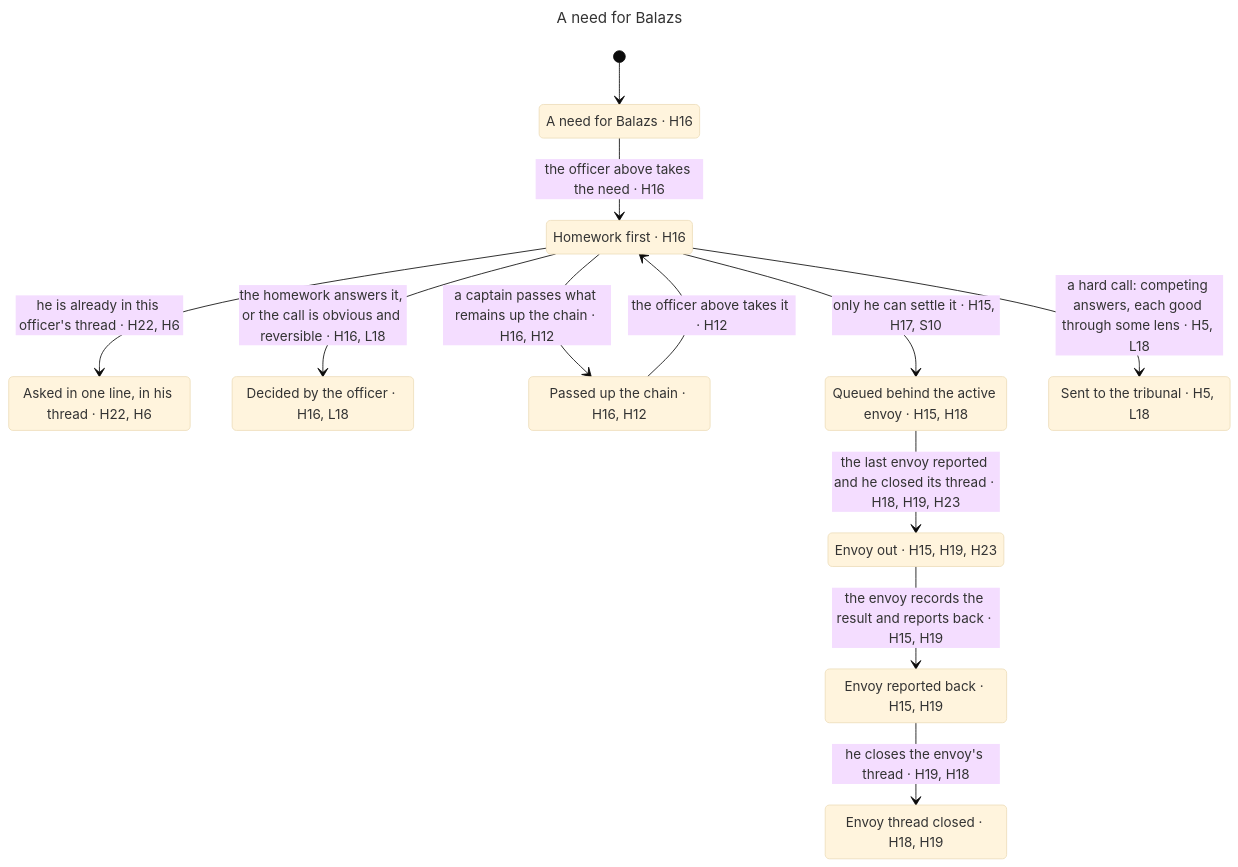
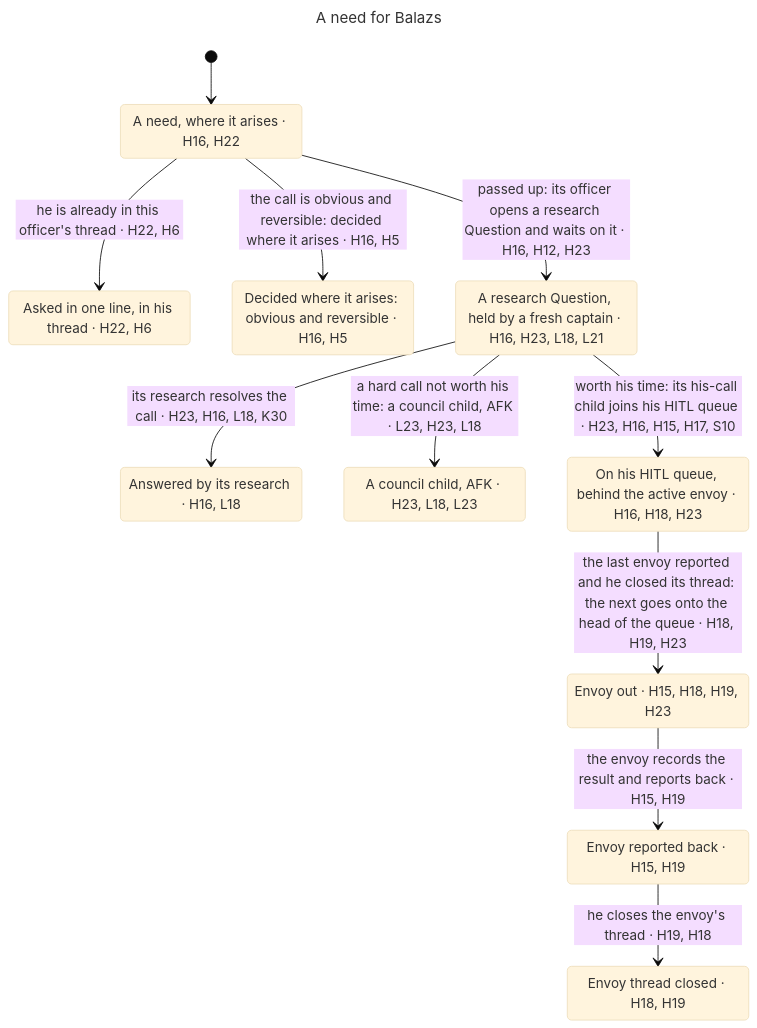
One commit to BalazsOrg/dydo changed the diagram in claims/statechart/envoy/chart.mmd. Above: the diagram before and after it, drawn with Mermaid (base theme). The commit also changed 22 other files, not shown here.

```diff
--- a/claims/statechart/envoy/chart.mmd
+++ b/claims/statechart/envoy/chart.mmd
@@ -1,25 +1,24 @@
 ---
 title: "A need for Balazs"
 ---
 stateDiagram-v2
-  s0: A need for Balazs #183; H16
-  s1: Homework first #183; H16
-  s2: Asked in one line, in his thread #183; H22, H6
-  s3: Decided by the officer #183; H16, L18
-  s4: Passed up the chain #183; H16, H12
-  s5: Queued behind the active envoy #183; H15, H18
-  s6: Sent to the tribunal #183; H5, L18
-  s7: Envoy out #183; H15, H19, H23
+  s0: A need, where it arises #183; H16, H22
+  s1: Asked in one line, in his thread #183; H22, H6
+  s2: Decided where it arises: obvious and reversible #183; H16, H5
+  s3: A research Question, held by a fresh captain #183; H16, H23, L18, L21
+  s4: Answered by its research #183; H16, L18
+  s5: A council child, AFK #183; H23, L18, L23
+  s6: On his HITL queue, behind the active envoy #183; H16, H18, H23
+  s7: Envoy out #183; H15, H18, H19, H23
   s8: Envoy reported back #183; H15, H19
   s9: Envoy thread closed #183; H18, H19
   [*] --> s0
-  s0 --> s1: the officer above takes the need #183; H16
-  s1 --> s2: he is already in this officer's thread #183; H22, H6
-  s1 --> s3: the homework answers it, or the call is obvious and reversible #183; H16, L18
-  s1 --> s4: a captain passes what remains up the chain #183; H16, H12
-  s1 --> s5: only he can settle it #183; H15, H17, S10
-  s1 --> s6: a hard call: competing answers, each good through some lens #183; H5, L18
-  s4 --> s1: the officer above takes it #183; H12
-  s5 --> s7: the last envoy reported and he closed its thread #183; H18, H19, H23
+  s0 --> s1: he is already in this officer's thread #183; H22, H6
+  s0 --> s2: the call is obvious and reversible: decided where it arises #183; H16, H5
+  s0 --> s3: passed up: its officer opens a research Question and waits on it #183; H16, H12, H23
+  s3 --> s4: its research resolves the call #183; H23, H16, L18, K30
+  s3 --> s5: a hard call not worth his time: a council child, AFK #183; L23, H23, L18
+  s3 --> s6: worth his time: its his-call child joins his HITL queue #183; H23, H16, H15, H17, S10
+  s6 --> s7: the last envoy reported and he closed its thread: the next goes onto the head of the queue #183; H18, H19, H23
   s7 --> s8: the envoy records the result and reports back #183; H15, H19
   s8 --> s9: he closes the envoy's thread #183; H19, H18
```
